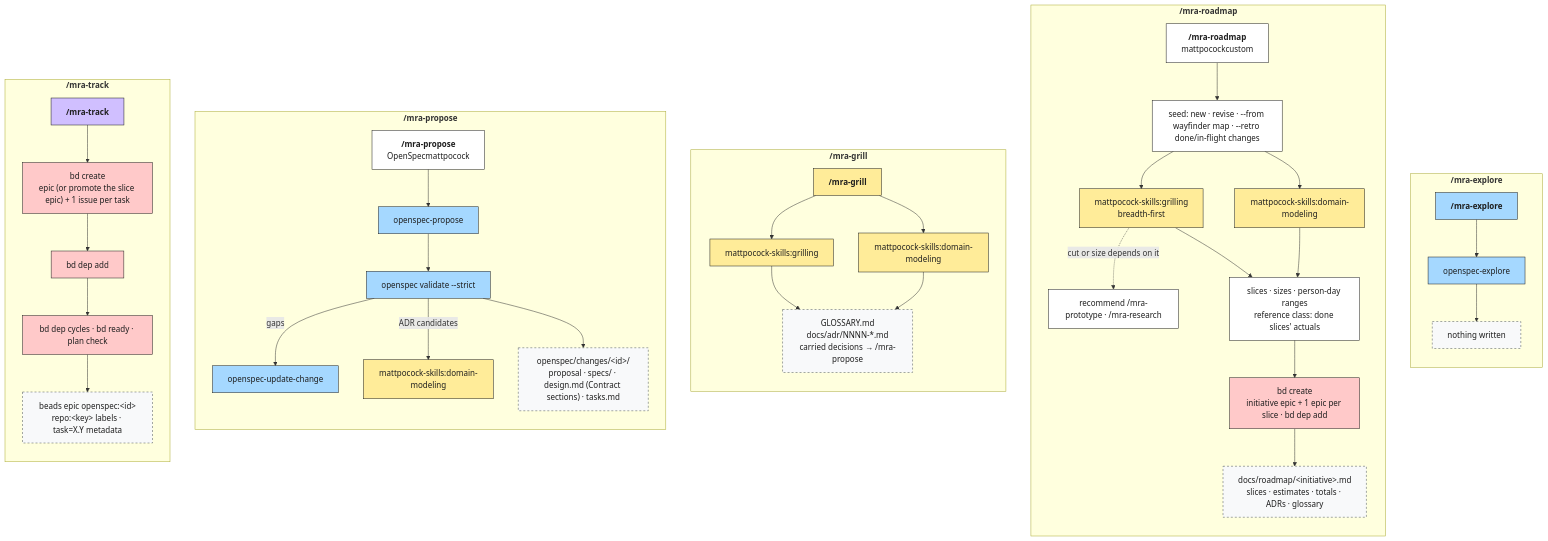
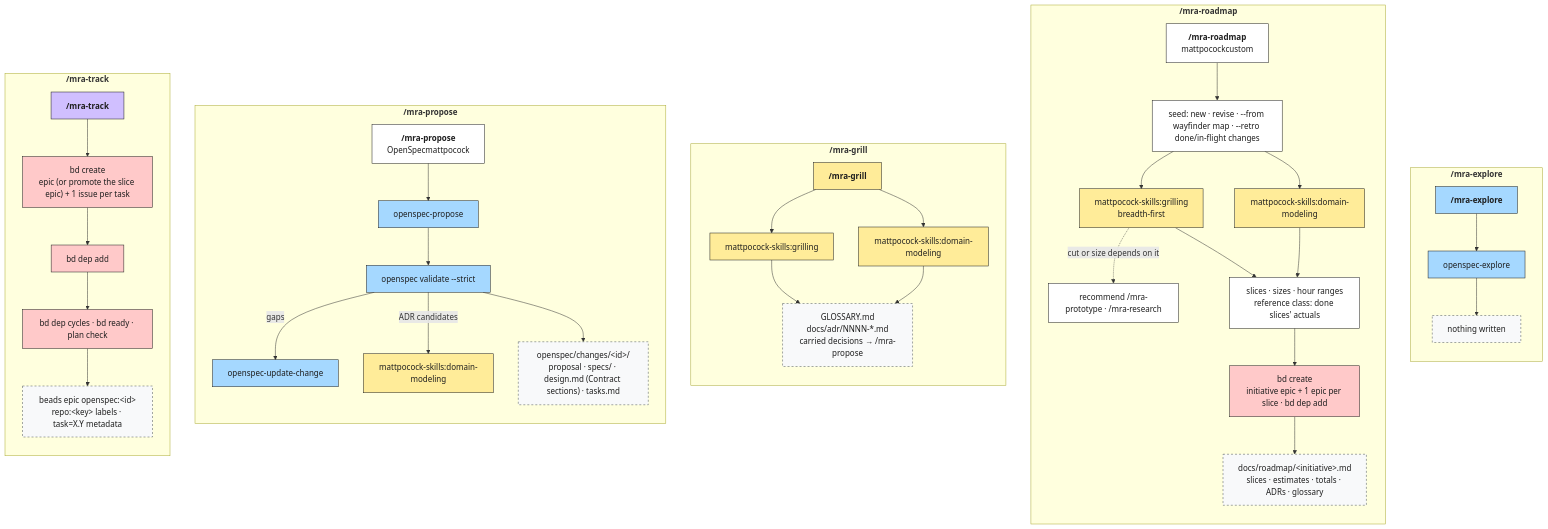
One commit to Ancora-Ancora/mra-flow changed the second of 5 diagrams in payload/orchestrator/.mra-flow/docs/mra-flow.md. Above: the diagram before and after it, drawn with Mermaid. The commit also changed 12 other files, not shown here.

````diff
--- a/payload/orchestrator/.mra-flow/docs/mra-flow.md
+++ b/payload/orchestrator/.mra-flow/docs/mra-flow.md
@@ -101,53 +101,53 @@
 ```mermaid
 %%{init: {"themeCSS": ".t{font-size:1.25em;font-weight:700} .bos,.bsp,.bmp,.bcu{padding:2px 6px} .bos{background:#a5d8ff} .bsp{background:#b2f2bb} .bmp{background:#ffec99} .bcu{background:#d0bfff}"}}%%
 flowchart TB
     classDef phase fill:#d0bfff,stroke:#1e1e1e,color:#1e1e1e
     classDef oswrap fill:#a5d8ff,stroke:#1e1e1e,color:#1e1e1e
     classDef striped fill:#ffffff,stroke:#1e1e1e,color:#1e1e1e
     classDef stripedopt fill:#ffffff,stroke:#1e1e1e,stroke-dasharray:5 5,color:#1e1e1e
     classDef spwrap fill:#b2f2bb,stroke:#1e1e1e,color:#1e1e1e
     classDef mpwrap fill:#ffec99,stroke:#1e1e1e,color:#1e1e1e
     classDef sp fill:#b2f2bb,stroke:#1e1e1e,color:#1e1e1e
     classDef mp fill:#ffec99,stroke:#1e1e1e,color:#1e1e1e
     classDef os fill:#a5d8ff,stroke:#1e1e1e,color:#1e1e1e
     classDef bd fill:#ffc9c9,stroke:#1e1e1e,color:#1e1e1e
     classDef art fill:#f8f9fa,stroke:#495057,stroke-dasharray:4 4,color:#1e1e1e
     classDef step fill:#ffffff,stroke:#1e1e1e,color:#1e1e1e
 
     subgraph EX["<b class='t'>/mra-explore</b>"]
         direction TB
         ex["<b class='t'>/mra-explore</b>"]:::oswrap --> ex1["openspec-explore"]:::os
         ex1 --> exA["nothing written"]:::art
     end
     subgraph RM["<b class='t'>/mra-roadmap</b>"]
         direction TB
         rm["<b class='t'>/mra-roadmap</b><br/><span class='bmp'>mattpocock</span><span class='bcu'>custom</span>"]:::striped --> rm0["seed: new · revise · --from wayfinder map · --retro done/in-flight changes"]:::step
         rm0 --> rm1["mattpocock-skills:grilling<br/>breadth-first"]:::mp
         rm0 --> rm2["mattpocock-skills:domain-modeling"]:::mp
         rm1 -. "cut or size depends on it" .-> rm5["recommend /mra-prototype · /mra-research"]:::step
-        rm1 & rm2 --> rm3["slices · sizes · person-day ranges<br/>reference class: done slices' actuals"]:::step
+        rm1 & rm2 --> rm3["slices · sizes · hour ranges<br/>reference class: done slices' actuals"]:::step
         rm3 --> rm4["bd create<br/>initiative epic + 1 epic per slice · bd dep add"]:::bd
         rm4 --> rmA["docs/roadmap/#lt;initiative#gt;.md<br/>slices · estimates · totals · ADRs · glossary"]:::art
     end
     subgraph GR["<b class='t'>/mra-grill</b>"]
         direction TB
         gr["<b class='t'>/mra-grill</b>"]:::mpwrap --> gr1["mattpocock-skills:grilling"]:::mp
         gr --> gr2["mattpocock-skills:domain-modeling"]:::mp
         gr1 & gr2 --> grA["GLOSSARY.md<br/>docs/adr/NNNN-*.md<br/>carried decisions → /mra-propose"]:::art
     end
     subgraph PR["<b class='t'>/mra-propose</b>"]
         direction TB
         pr["<b class='t'>/mra-propose</b><br/><span class='bos'>OpenSpec</span><span class='bmp'>mattpocock</span>"]:::striped --> pr1["openspec-propose"]:::os
         pr1 --> pr2["openspec validate --strict"]:::os
         pr2 -- gaps --> pr3["openspec-update-change"]:::os
         pr2 -- ADR candidates --> pr4["mattpocock-skills:domain-modeling"]:::mp
         pr2 --> prA["openspec/changes/#lt;id#gt;/<br/>proposal · specs/ · design.md (Contract sections) · tasks.md"]:::art
     end
     subgraph TR["<b class='t'>/mra-track</b>"]
         direction TB
         tr["<b class='t'>/mra-track</b>"]:::phase --> tr1["bd create<br/>epic (or promote the slice epic) + 1 issue per task"]:::bd
         tr1 --> tr2["bd dep add"]:::bd
         tr2 --> tr3["bd dep cycles · bd ready · plan check"]:::bd
         tr3 --> trA["beads epic openspec:#lt;id#gt;<br/>repo:#lt;key#gt; labels · task=X.Y metadata"]:::art
     end
 ```
````
